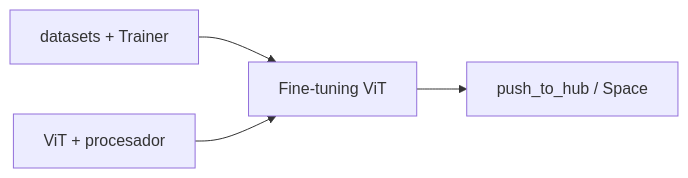
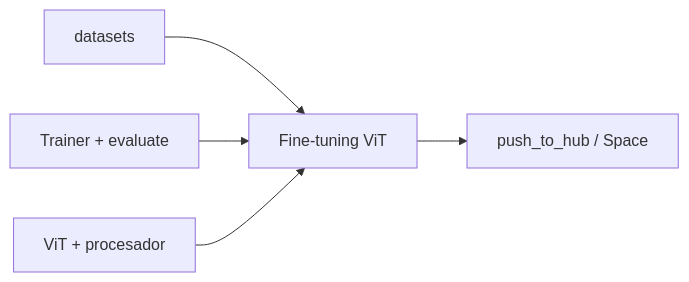
Before and after one commit to jmperez-profesor/hf: the diagram in docs/recursos/proyecto_vision.md, drawn with Mermaid. The commit also changed other lines of this file and 29 other files, not shown here.

First line of the commit message:
Renumera sesiones según GUIA.md (S28-S44) y separa Datasets/Fine-tuning

````diff
--- a/docs/recursos/proyecto_vision.md
+++ b/docs/recursos/proyecto_vision.md
@@ -11,6 +11,7 @@
 ```mermaid
 flowchart LR
-    S4[datasets + Trainer] --> P[Fine-tuning ViT]
-    S6[ViT + procesador] --> P
-    P --> S7[push_to_hub / Space]
+    S36[datasets] --> P[Fine-tuning ViT]
+    S38[Trainer + evaluate] --> P
+    S41[ViT + procesador] --> P
+    P --> S44[push_to_hub / Space]
 ```
````
